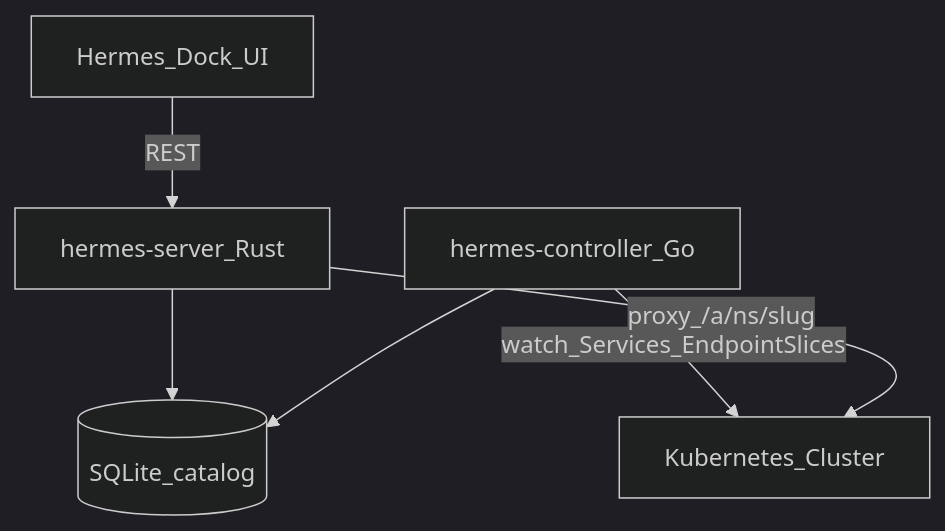
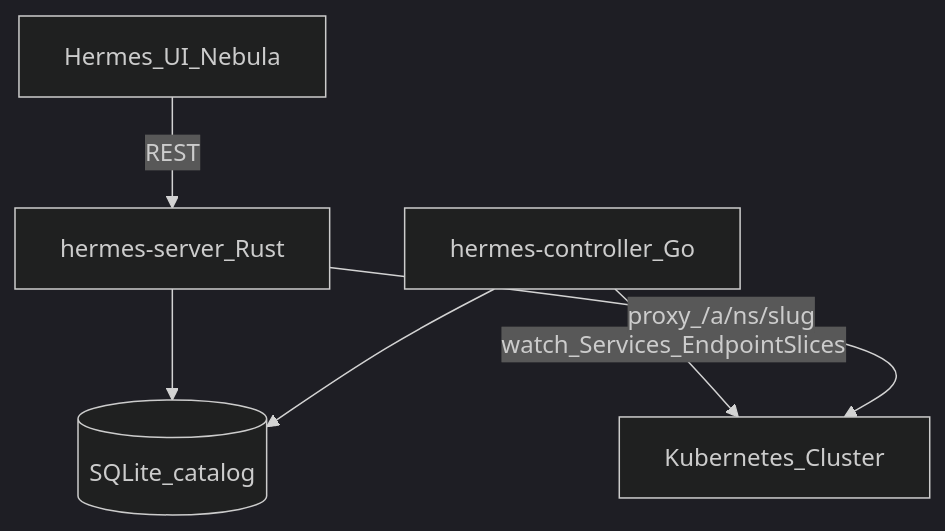
One commit to zyvorai/iris changed the second of 2 diagrams in docs/FULL_README_LEGACY.md. Above: the diagram before and after it, drawn with Mermaid (dark theme). The commit also changed other lines of this file and 10 other files, not shown here.

````diff
--- a/docs/FULL_README_LEGACY.md
+++ b/docs/FULL_README_LEGACY.md
@@ -303,13 +321,13 @@
 ```mermaid
 flowchart TB
-  Dock[Hermes_Dock_UI]
+  UI[Hermes_UI_Nebula]
   Server[hermes-server_Rust]
   Controller[hermes-controller_Go]
   SQLite[(SQLite_catalog)]
   Cluster[Kubernetes_Cluster]
-  Dock -->|REST| Server
+  UI -->|REST| Server
   Server --> SQLite
   Controller -->|watch_Services_EndpointSlices| Cluster
   Controller --> SQLite
   Server -->|proxy_/a/ns/slug| Cluster
 ```
````
